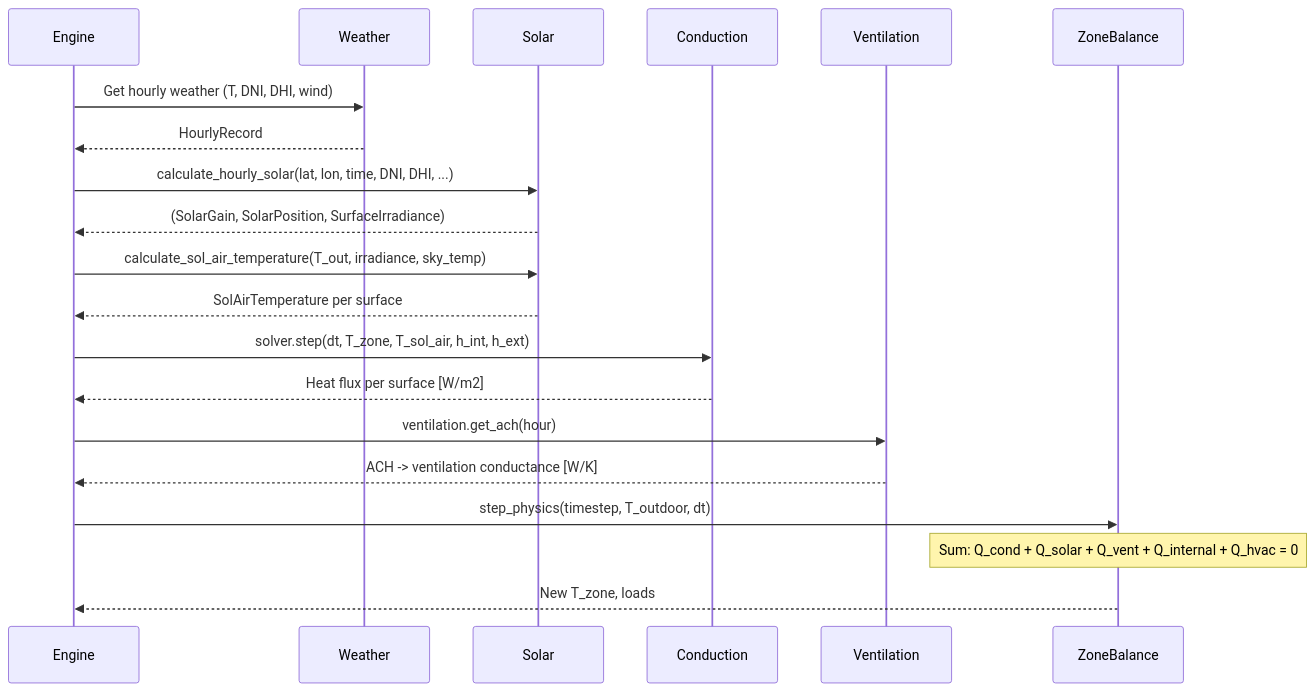
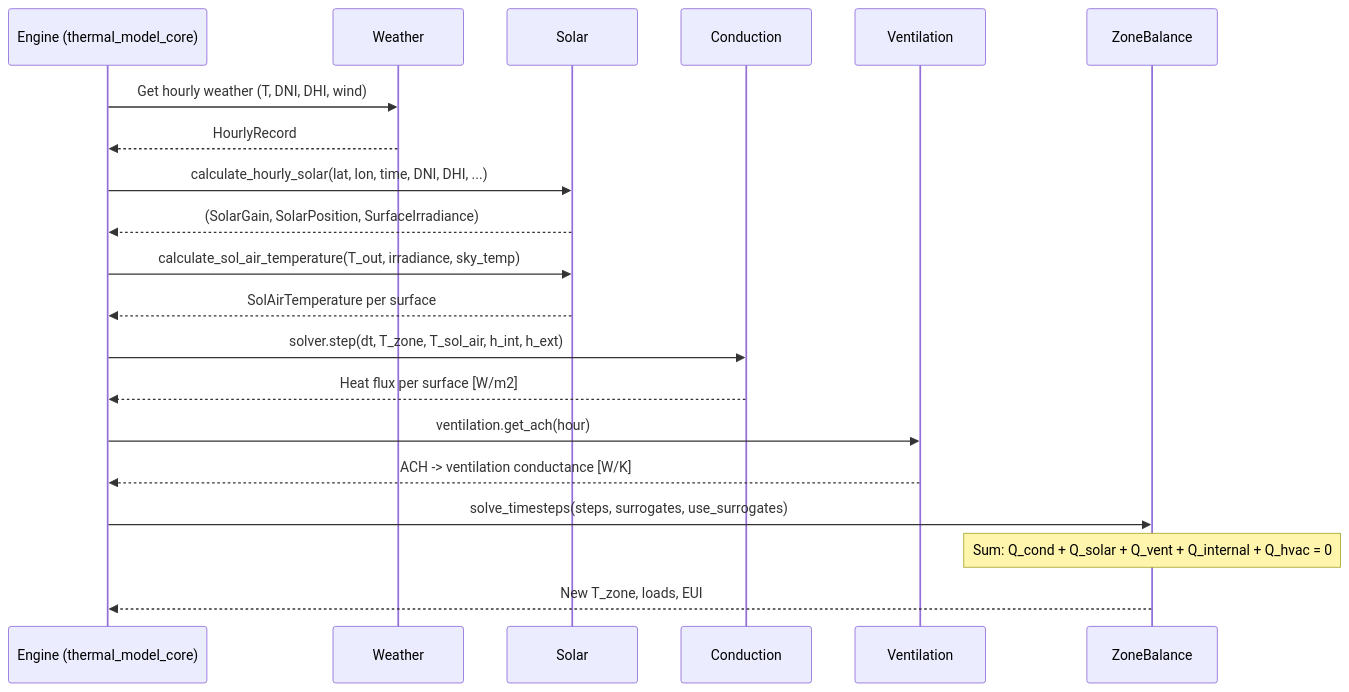
One commit to anchapin/fluxion changed the second of 2 diagrams in ARCHITECTURE.md. Above: the diagram before and after it, drawn with Mermaid. The commit also changed other lines of this file, not shown here.

First line of the commit message:
docs(architecture): update module status, dependency diagram, and trait hierarchy

````diff
--- a/ARCHITECTURE.md
+++ b/ARCHITECTURE.md
@@ -293,28 +353,28 @@
 ```mermaid
 sequenceDiagram
-    participant E as Engine
+    participant E as Engine (thermal_model_core)
     participant W as Weather
     participant S as Solar
     participant C as Conduction
     participant V as Ventilation
     participant Z as ZoneBalance
 
     E->>W: Get hourly weather (T, DNI, DHI, wind)
     W-->>E: HourlyRecord
 
     E->>S: calculate_hourly_solar(lat, lon, time, DNI, DHI, ...)
     S-->>E: (SolarGain, SolarPosition, SurfaceIrradiance)
 
     E->>S: calculate_sol_air_temperature(T_out, irradiance, sky_temp)
     S-->>E: SolAirTemperature per surface
 
     E->>C: solver.step(dt, T_zone, T_sol_air, h_int, h_ext)
     C-->>E: Heat flux per surface [W/m2]
 
     E->>V: ventilation.get_ach(hour)
     V-->>E: ACH -> ventilation conductance [W/K]
 
-    E->>Z: step_physics(timestep, T_outdoor, dt)
+    E->>Z: solve_timesteps(steps, surrogates, use_surrogates)
     Note over Z: Sum: Q_cond + Q_solar + Q_vent + Q_internal + Q_hvac = 0
-    Z-->>E: New T_zone, loads
+    Z-->>E: New T_zone, loads, EUI
 ```
````
